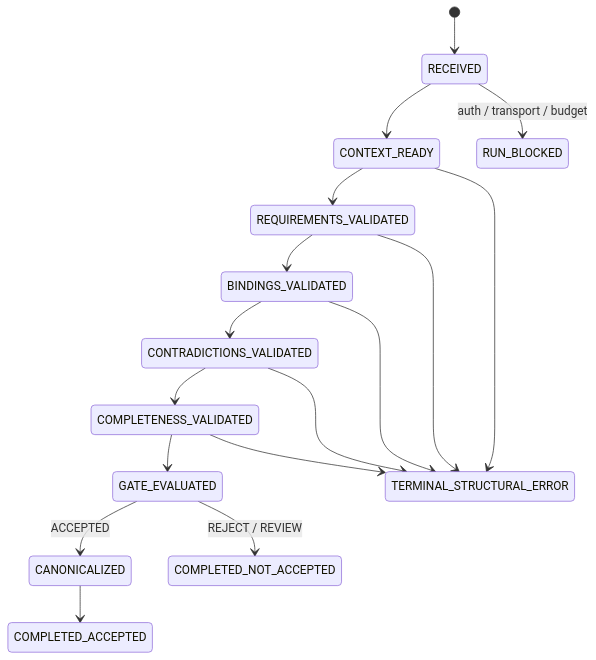
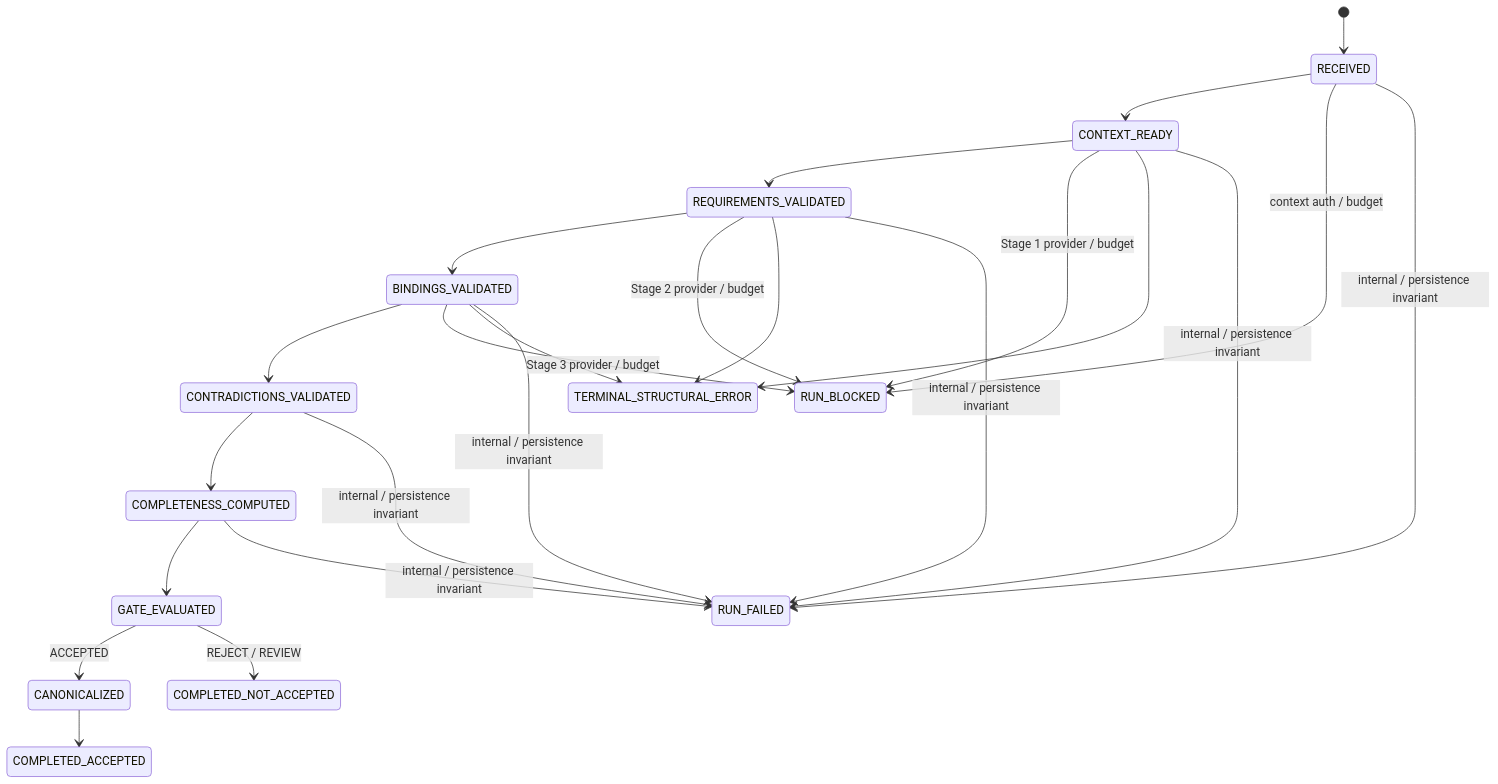
Before and after one commit to dabaitudiu/continuum: the second of 2 diagrams in docs/continuum_module_01_semantic_dependency_compiler/15_REPLACEMENT_ARCHITECTURE.md, drawn with Mermaid. The commit also changed other lines of this file and 10 other files, not shown here.

````diff
--- a/docs/continuum_module_01_semantic_dependency_compiler/15_REPLACEMENT_ARCHITECTURE.md
+++ b/docs/continuum_module_01_semantic_dependency_compiler/15_REPLACEMENT_ARCHITECTURE.md
@@ -67,20 +67,27 @@
 ```mermaid
 stateDiagram-v2
     [*] --> RECEIVED
     RECEIVED --> CONTEXT_READY
     CONTEXT_READY --> REQUIREMENTS_VALIDATED
     REQUIREMENTS_VALIDATED --> BINDINGS_VALIDATED
     BINDINGS_VALIDATED --> CONTRADICTIONS_VALIDATED
-    CONTRADICTIONS_VALIDATED --> COMPLETENESS_VALIDATED
-    COMPLETENESS_VALIDATED --> GATE_EVALUATED
+    CONTRADICTIONS_VALIDATED --> COMPLETENESS_COMPUTED
+    COMPLETENESS_COMPUTED --> GATE_EVALUATED
     GATE_EVALUATED --> CANONICALIZED: ACCEPTED
     GATE_EVALUATED --> COMPLETED_NOT_ACCEPTED: REJECT / REVIEW
     CANONICALIZED --> COMPLETED_ACCEPTED
 
-    RECEIVED --> RUN_BLOCKED: auth / transport / budget
+    RECEIVED --> RUN_BLOCKED: context auth / budget
+    CONTEXT_READY --> RUN_BLOCKED: Stage 1 provider / budget
+    REQUIREMENTS_VALIDATED --> RUN_BLOCKED: Stage 2 provider / budget
+    BINDINGS_VALIDATED --> RUN_BLOCKED: Stage 3 provider / budget
     CONTEXT_READY --> TERMINAL_STRUCTURAL_ERROR
     REQUIREMENTS_VALIDATED --> TERMINAL_STRUCTURAL_ERROR
     BINDINGS_VALIDATED --> TERMINAL_STRUCTURAL_ERROR
-    CONTRADICTIONS_VALIDATED --> TERMINAL_STRUCTURAL_ERROR
-    COMPLETENESS_VALIDATED --> TERMINAL_STRUCTURAL_ERROR
+    RECEIVED --> RUN_FAILED: internal / persistence invariant
+    CONTEXT_READY --> RUN_FAILED: internal / persistence invariant
+    REQUIREMENTS_VALIDATED --> RUN_FAILED: internal / persistence invariant
+    BINDINGS_VALIDATED --> RUN_FAILED: internal / persistence invariant
+    CONTRADICTIONS_VALIDATED --> RUN_FAILED: internal / persistence invariant
+    COMPLETENESS_COMPUTED --> RUN_FAILED: internal / persistence invariant
 ```
````
